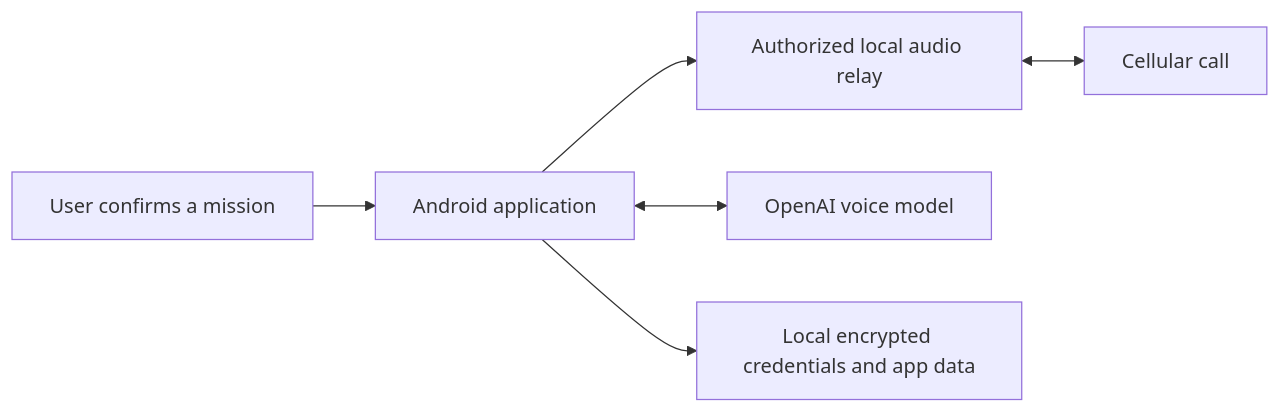
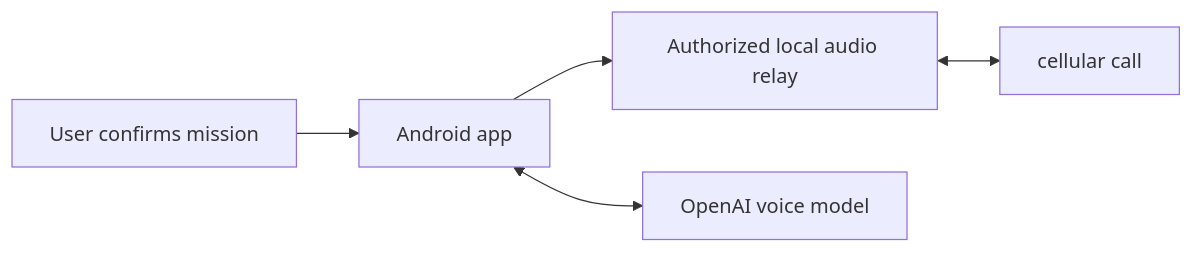
Before and after one commit to iasibadr/appel-ai: the diagram in README.md, drawn with Mermaid. The commit also changed other lines of this file and 1 other file, not shown here.

````diff
--- a/README.md
+++ b/README.md
@@ -59,8 +54,7 @@
 ```mermaid
 flowchart LR
-  U[User confirms a mission] --> A[Android application]
+  U[User confirms mission] --> A[Android app]
   A --> R[Authorized local audio relay]
-  R <--> C[Cellular call]
+  R <--> C[cellular call]
   A <--> M[OpenAI voice model]
-  A --> V[Local encrypted credentials and app data]
 ```
````
